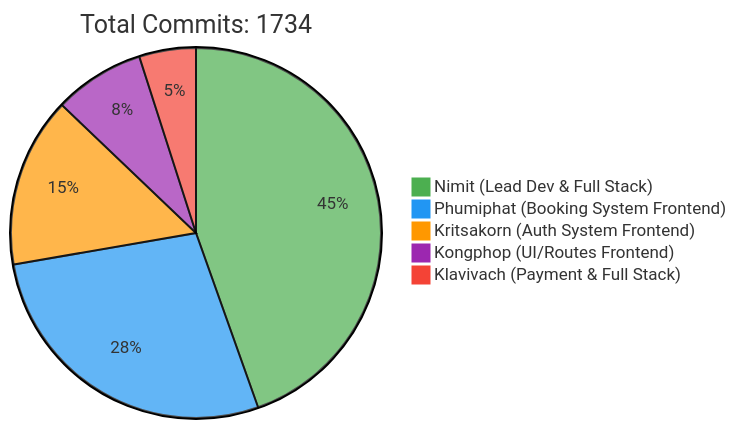
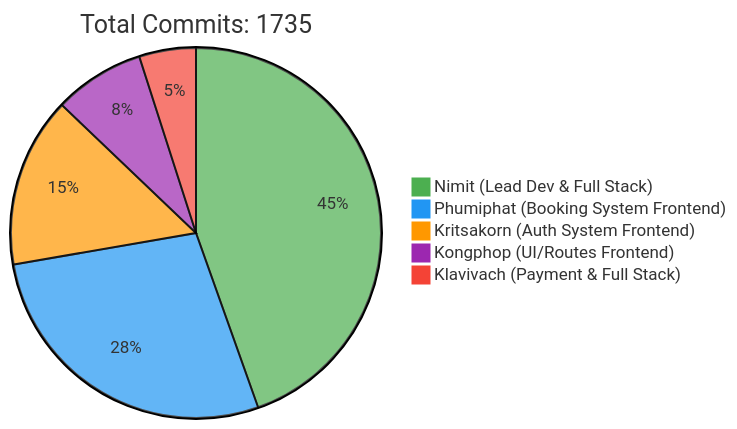
Before and after one commit to 6531503042/Sport-Complex: the first of 2 diagrams in README.md, drawn with Mermaid. The commit also changed other lines of this file, not shown here.

Commit message:
docs: Update contributor statistics [skip ci]

````diff
--- a/README.md
+++ b/README.md
@@ -257,10 +257,10 @@
 ```mermaid
 %%{init: {'theme': 'base', 'themeVariables': { 'pie1': '#4CAF50', 'pie2': '#2196F3', 'pie3': '#FF9800', 'pie4': '#9C27B0', 'pie5': '#F44336'}}}%%
 pie
-    title Total Commits: 1734
+    title Total Commits: 1735
     "Nimit (Lead Dev & Full Stack)" : 450
     "Phumiphat (Booking System Frontend)" : 280
     "Kritsakorn (Auth System Frontend)" : 150
     "Kongphop (UI/Routes Frontend)" : 80
     "Klavivach (Payment & Full Stack)" : 50
 ```
````
